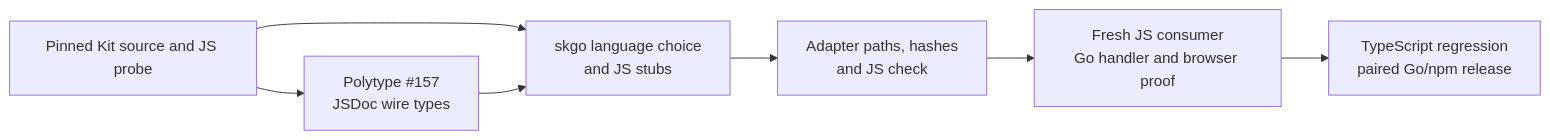
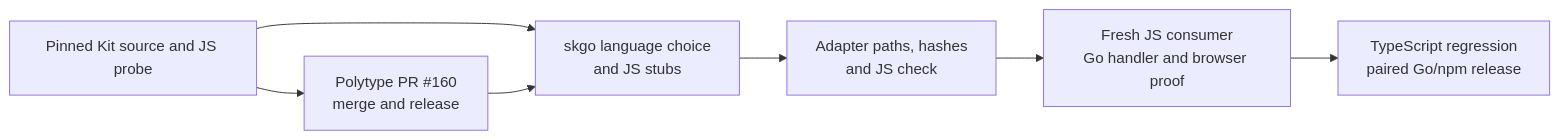
One commit to tylergannon/skgo changed the diagram in ephemeral/research/javascript-jsdoc-final/plan.md. Above: the diagram before and after it, drawn with Mermaid. The commit also changed other lines of this file and 1 other file, not shown here.

Commit message:
docs: align JavaScript plan with Polytype PR

````diff
--- a/ephemeral/research/javascript-jsdoc-final/plan.md
+++ b/ephemeral/research/javascript-jsdoc-final/plan.md
@@ -47,9 +49,9 @@
 ```mermaid
 flowchart LR
-  K["Pinned Kit source and JS probe"] --> P["Polytype #157<br/>JSDoc wire types"]
+  K["Pinned Kit source and JS probe"] --> P["Polytype PR #160<br/>merge and release"]
   K --> S["skgo language choice<br/>and JS stubs"]
   P --> S
   S --> A["Adapter paths, hashes<br/>and JS check"]
   A --> V["Fresh JS consumer<br/>Go handler and browser proof"]
   V --> R["TypeScript regression<br/>paired Go/npm release"]
 ```
````
